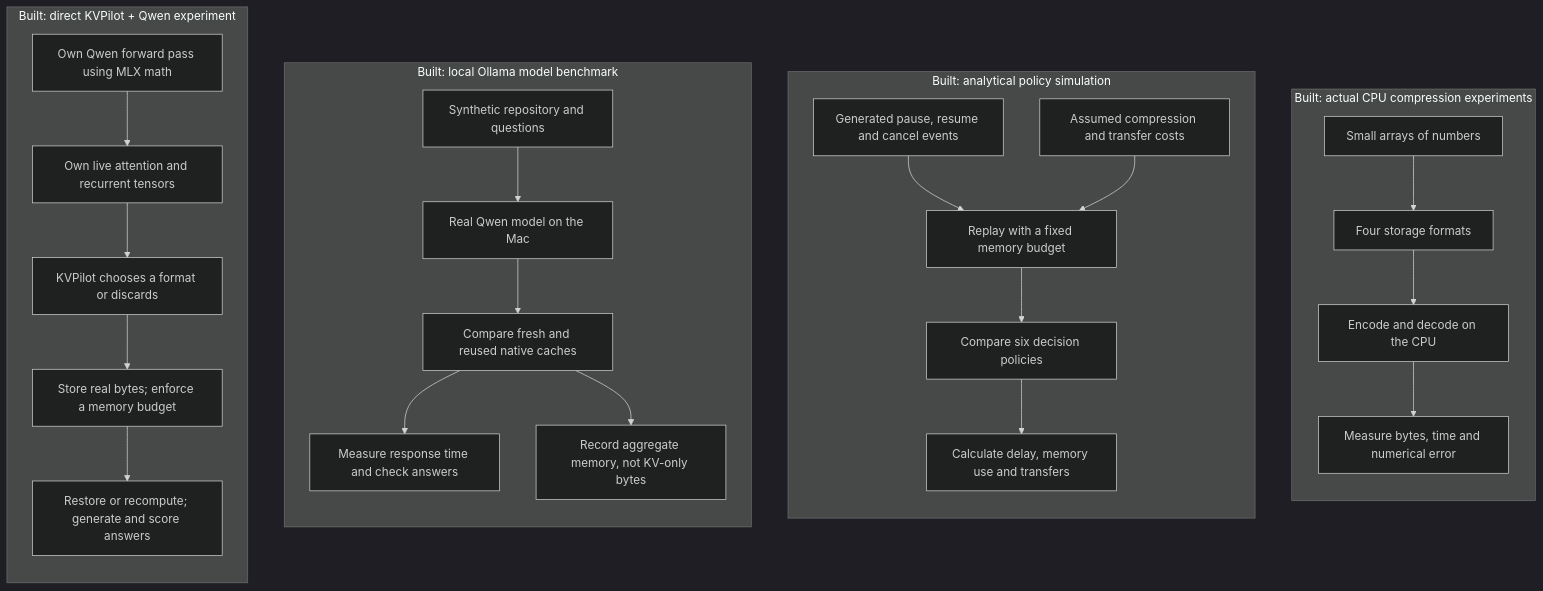
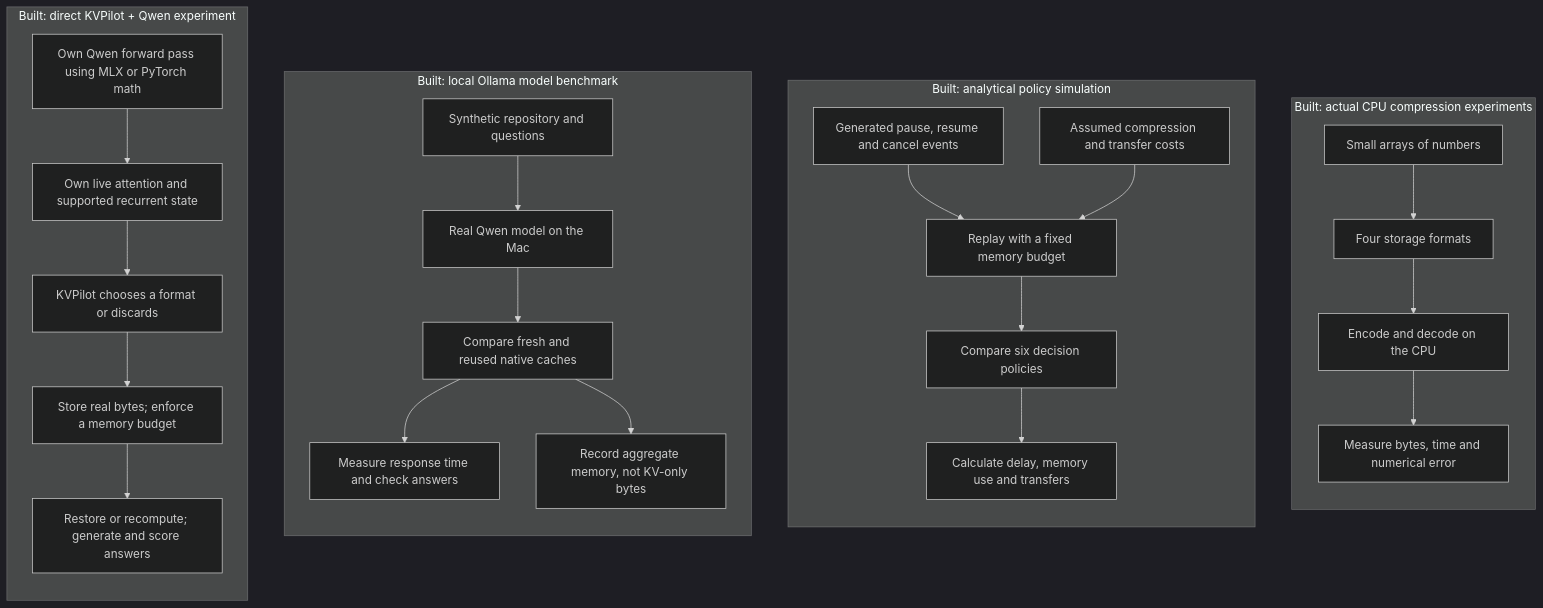
Before and after one commit to Harshelite2503/kvpilot: the second of 5 diagrams in README.md, drawn with Mermaid (dark theme). The commit also changed other lines of this file and 27 other files, not shown here.

````diff
--- a/README.md
+++ b/README.md
@@ -39,30 +41,30 @@
 ```mermaid
 flowchart TB
     subgraph CPU["Built: actual CPU compression experiments"]
         direction TB
         A["Small arrays of numbers"] --> B["Four storage formats"]
         B --> C["Encode and decode on the CPU"]
         C --> D["Measure bytes, time and numerical error"]
     end
     subgraph SIM["Built: analytical policy simulation"]
         direction TB
         E["Generated pause, resume and cancel events"] --> G["Replay with a fixed memory budget"]
         F["Assumed compression and transfer costs"] --> G
         G --> H["Compare six decision policies"]
         H --> I["Calculate delay, memory use and transfers"]
     end
     subgraph LOCAL["Built: local Ollama model benchmark"]
         direction TB
         J["Synthetic repository and questions"] --> K["Real Qwen model on the Mac"]
         K --> L["Compare fresh and reused native caches"]
         L --> M["Measure response time and check answers"]
         L --> N["Record aggregate memory, not KV-only bytes"]
     end
     subgraph OWNED["Built: direct KVPilot + Qwen experiment"]
         direction TB
-        O["Own Qwen forward pass using MLX math"] --> P["Own live attention and recurrent tensors"]
+        O["Own Qwen forward pass using MLX or PyTorch math"] --> P["Own live attention and supported recurrent state"]
         P --> Q["KVPilot chooses a format or discards"]
         Q --> R["Store real bytes; enforce a memory budget"]
         R --> S["Restore or recompute; generate and score answers"]
     end
 ```
````
